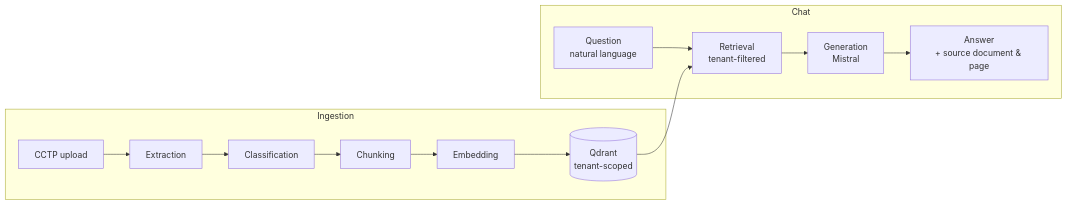
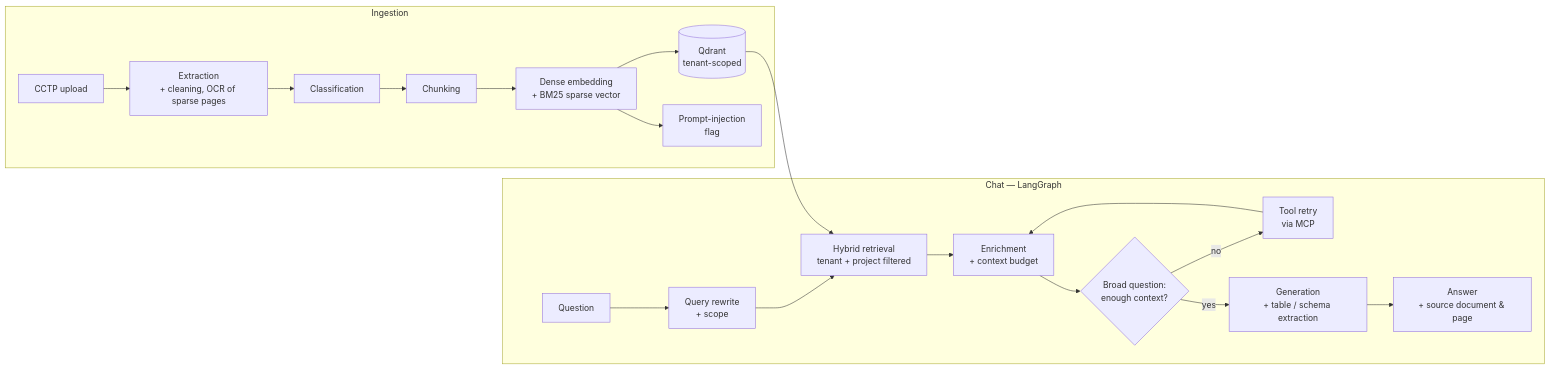
The second of 2 diagrams in README.md (Stv-devl/prescripto-v1), drawn with Mermaid before and after one commit. The commit also changed other lines of this file and 8 other files, not shown here.

Commit message:
docs: rewrite the README and architecture docs for the shipped product

````diff
--- a/README.md
+++ b/README.md
@@ -58,17 +58,23 @@
 ```mermaid
 flowchart LR
     subgraph Ingestion
-        A[CCTP upload] --> B[Extraction]
+        A[CCTP upload] --> B["Extraction\n+ cleaning, OCR of sparse pages"]
         B --> C[Classification]
         C --> D[Chunking]
-        D --> E[Embedding]
+        D --> E["Dense embedding\n+ BM25 sparse vector"]
         E --> F[("Qdrant\ntenant-scoped")]
+        E --> X["Prompt-injection\nflag"]
     end
 
-    subgraph Chat
-        Q["Question\nnatural language"] --> R["Retrieval\ntenant-filtered"]
+    subgraph Chat["Chat — LangGraph"]
+        Q["Question"] --> RW["Query rewrite\n+ scope"]
+        RW --> R["Hybrid retrieval\ntenant + project filtered"]
         F --> R
-        R --> G["Generation\nMistral"]
+        R --> EN["Enrichment\n+ context budget"]
+        EN --> J{"Broad question:\nenough context?"}
+        J -->|no| T["Tool retry\nvia MCP"]
+        T --> EN
+        J -->|yes| G["Generation\n+ table / schema extraction"]
         G --> S["Answer\n+ source document & page"]
     end
 ```
````
